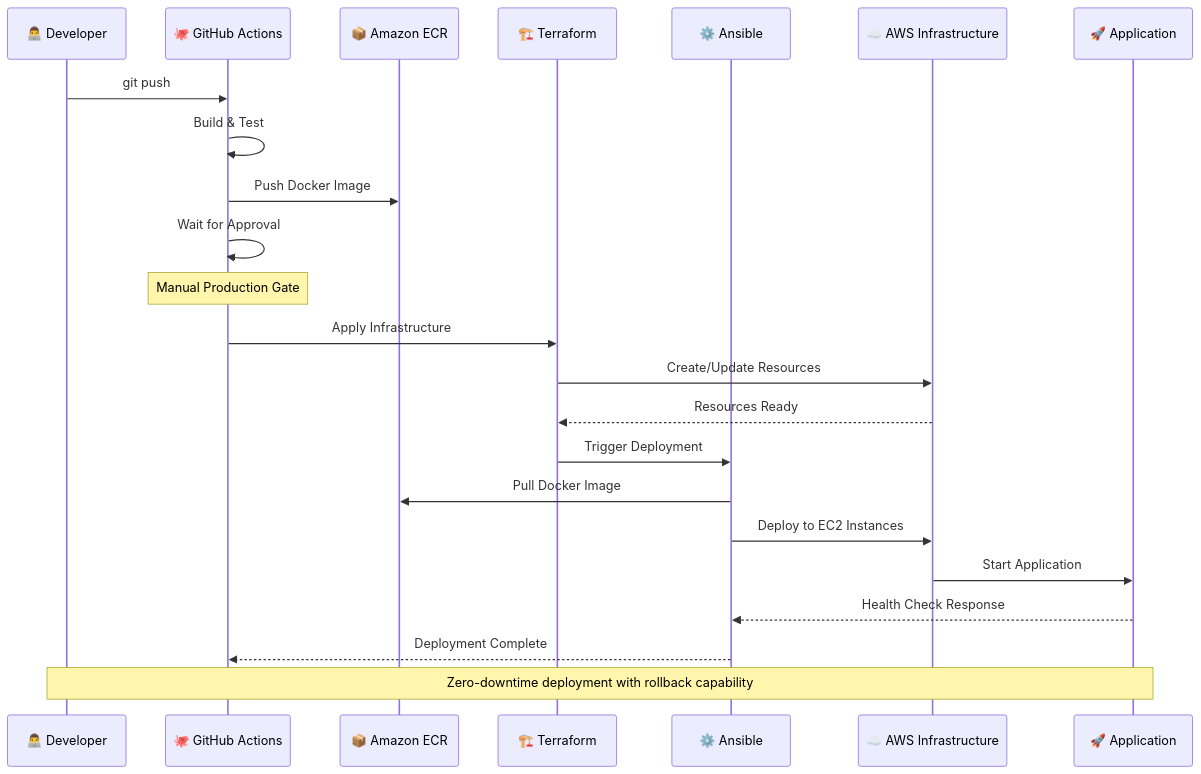
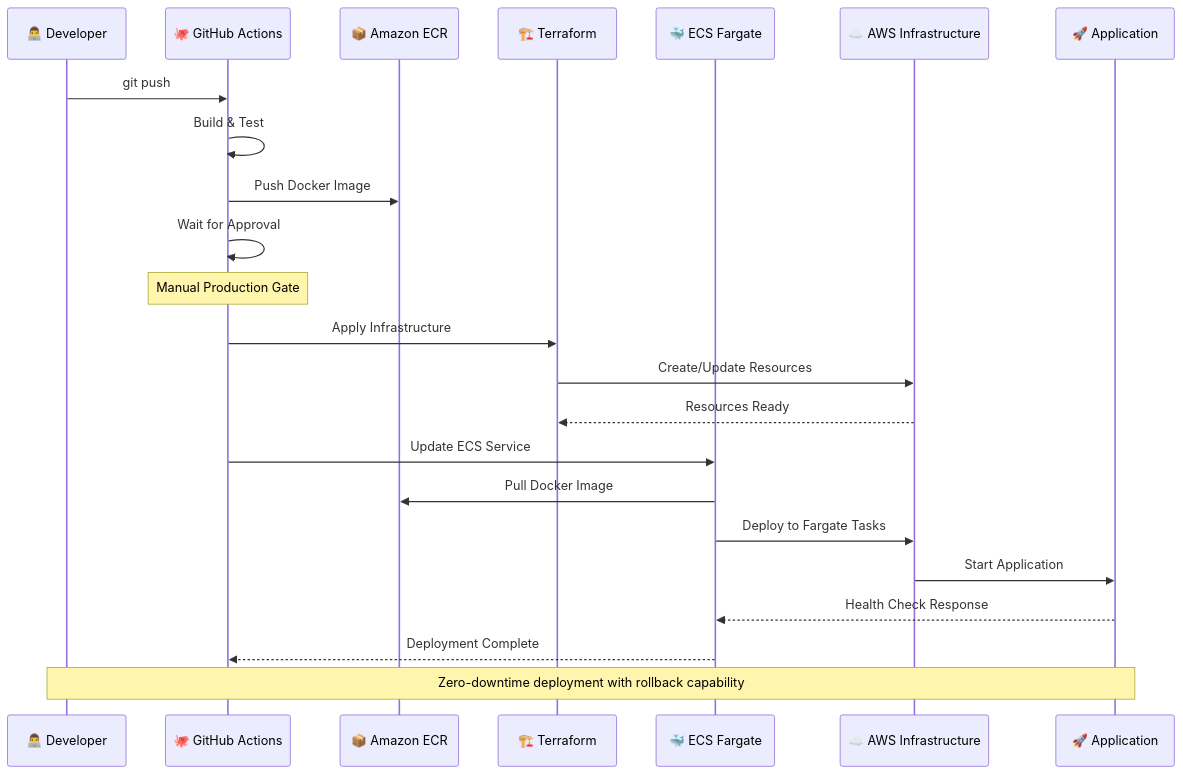
One commit to Binawei/DevopsPipeline changed the second of 3 diagrams in README.md. Above: the diagram before and after it, drawn with Mermaid. The commit also changed other lines of this file and 15 other files, not shown here.

````diff
--- a/README.md
+++ b/README.md
@@ -88,27 +85,27 @@
 ```mermaid
 sequenceDiagram
     participant Dev as 👨‍💻 Developer
     participant GH as 🐙 GitHub Actions
     participant ECR as 📦 Amazon ECR
     participant TF as 🏗️ Terraform
-    participant ANS as ⚙️ Ansible
+    participant ECS as 🐳 ECS Fargate
     participant AWS as ☁️ AWS Infrastructure
     participant APP as 🚀 Application
     
     Dev->>GH: git push
     GH->>GH: Build & Test
     GH->>ECR: Push Docker Image
     GH->>GH: Wait for Approval
     Note over GH: Manual Production Gate
     GH->>TF: Apply Infrastructure
     TF->>AWS: Create/Update Resources
     AWS-->>TF: Resources Ready
-    TF->>ANS: Trigger Deployment
-    ANS->>ECR: Pull Docker Image
-    ANS->>AWS: Deploy to EC2 Instances
+    GH->>ECS: Update ECS Service
+    ECS->>ECR: Pull Docker Image
+    ECS->>AWS: Deploy to Fargate Tasks
     AWS->>APP: Start Application
-    APP-->>ANS: Health Check Response
-    ANS-->>GH: Deployment Complete
+    APP-->>ECS: Health Check Response
+    ECS-->>GH: Deployment Complete
     
     Note over Dev,APP: Zero-downtime deployment with rollback capability
 ```
````
